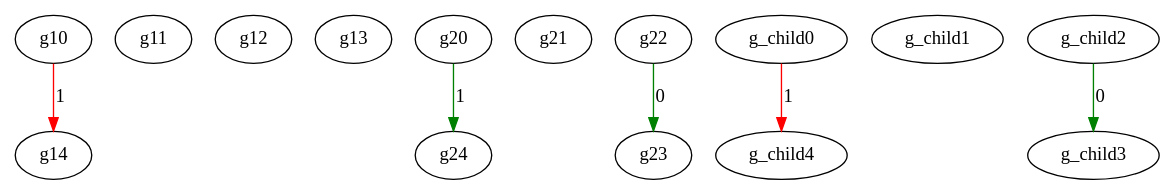
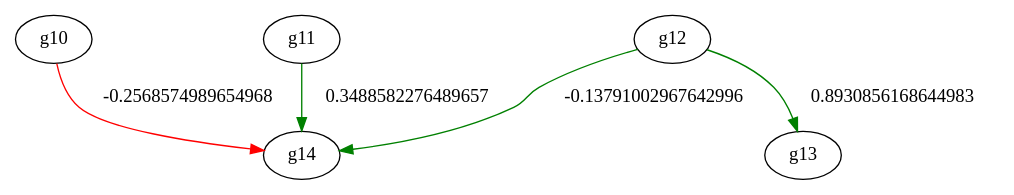
Before and after one commit to RoshanNagaram002/NEAT: the diagram in visualizaions/Digraph.gv, drawn with Graphviz. The commit also changed 4 other files, not shown here.

```diff
--- a/visualizaions/Digraph.gv
+++ b/visualizaions/Digraph.gv
@@ -1,23 +1,12 @@
 // Genoming!
 digraph {
 	g10 [label=g10]
 	g11 [label=g11]
 	g12 [label=g12]
 	g13 [label=g13]
 	g14 [label=g14]
-	g10 -> g14 [label=1 color=red]
-	g20 [label=g20]
-	g21 [label=g21]
-	g22 [label=g22]
-	g23 [label=g23]
-	g24 [label=g24]
-	g22 -> g23 [label=0 color=green]
-	g20 -> g24 [label=1 color=green]
-	g_child0 [label=g_child0]
-	g_child1 [label=g_child1]
-	g_child2 [label=g_child2]
-	g_child3 [label=g_child3]
-	g_child4 [label=g_child4]
-	g_child2 -> g_child3 [label=0 color=green]
-	g_child0 -> g_child4 [label=1 color=red]
+	g12 -> g14 [label=-0.13791002967642996 color=green]
+	g10 -> g14 [label=-0.2568574989654968 color=red]
+	g12 -> g13 [label=0.8930856168644983 color=green]
+	g11 -> g14 [label=0.3488582276489657 color=green]
 }
```
